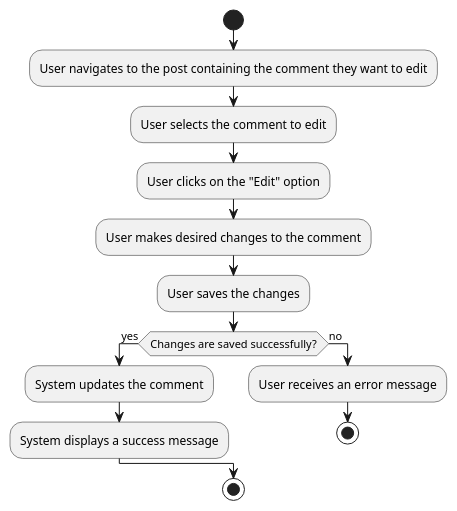
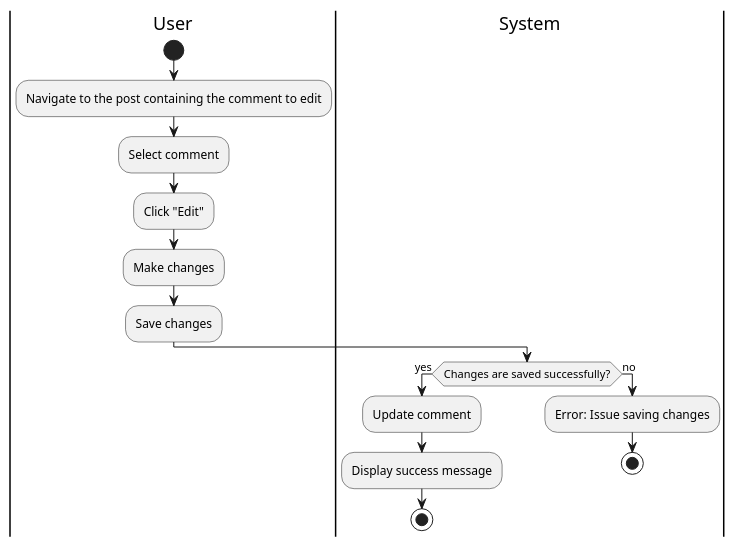
One commit to tungbeo0221/Forked-crosscodex.github.io changed diagram 14 of 22 in docs/checkpoint_1/use_cases.md. Above: the diagram before and after it, drawn with PlantUML. The commit also changed other lines of this file and 39 other files, not shown here.

````diff
--- a/docs/checkpoint_1/use_cases.md
+++ b/docs/checkpoint_1/use_cases.md
@@ -379,18 +453,21 @@
 ```plantuml
 @startuml
+|User|
 start
-:User navigates to the post containing the comment they want to edit;
-:User selects the comment to edit;
-:User clicks on the "Edit" option;
-:User makes desired changes to the comment;
-:User saves the changes;
+:Navigate to the post containing the comment to edit;
+:Select comment;
+:Click "Edit";
+:Make changes;
+:Save changes;
+|System|
 if (Changes are saved successfully?) then (yes)
-  :System updates the comment;
-  :System displays a success message;
+  :Update comment;
+  :Display success message;
+  stop
 else (no)
-  :User receives an error message;
+  :Error: Issue saving changes;
   stop
 endif
-stop
 @enduml
+
 ```
````
